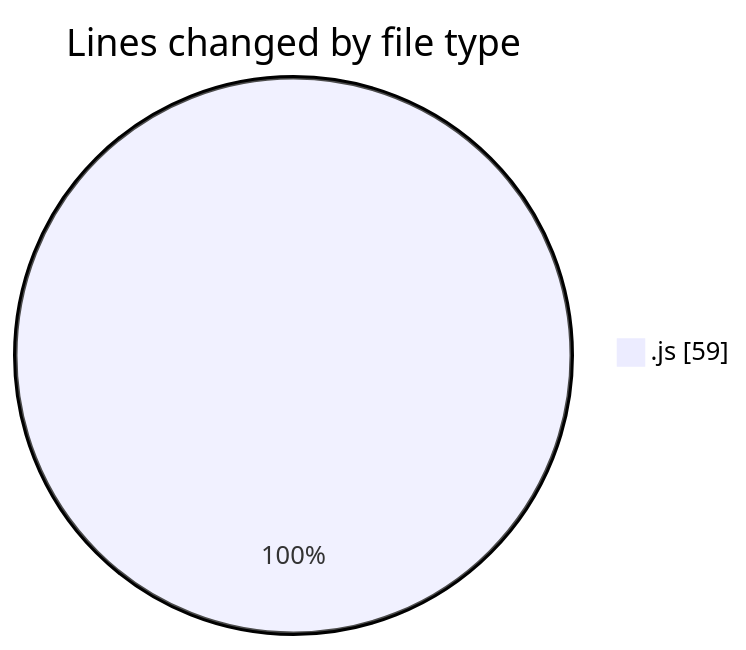
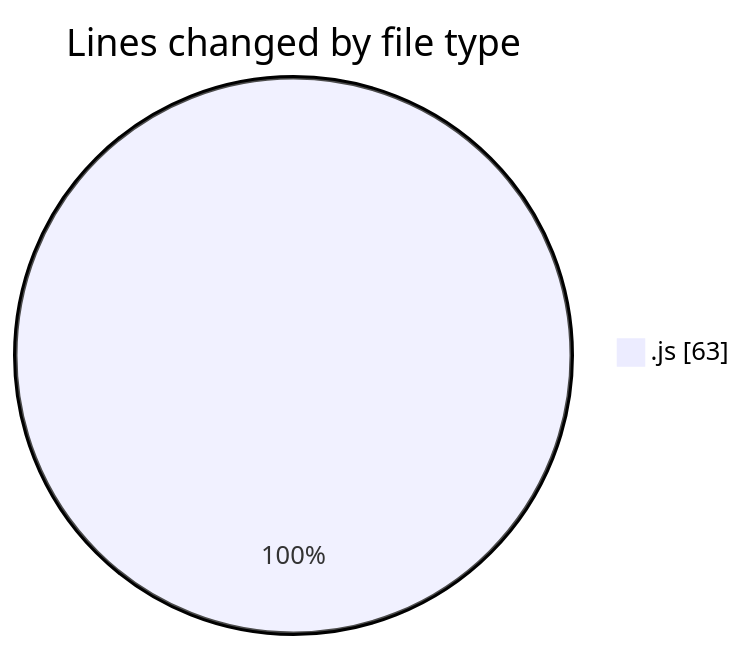
One commit to momahboobian/code-tracking changed the first of 2 diagrams in 2025-08-12/cda/README.md. Above: the diagram before and after it, drawn with Mermaid. The commit also changed other lines of this file and 1 other file, not shown here.

````diff
--- a/2025-08-12/cda/README.md
+++ b/2025-08-12/cda/README.md
@@ -21,5 +21,5 @@
 ```mermaid
 pie showData
 title Lines changed by file type
-".js" : 59
+".js" : 63
 ```
````
